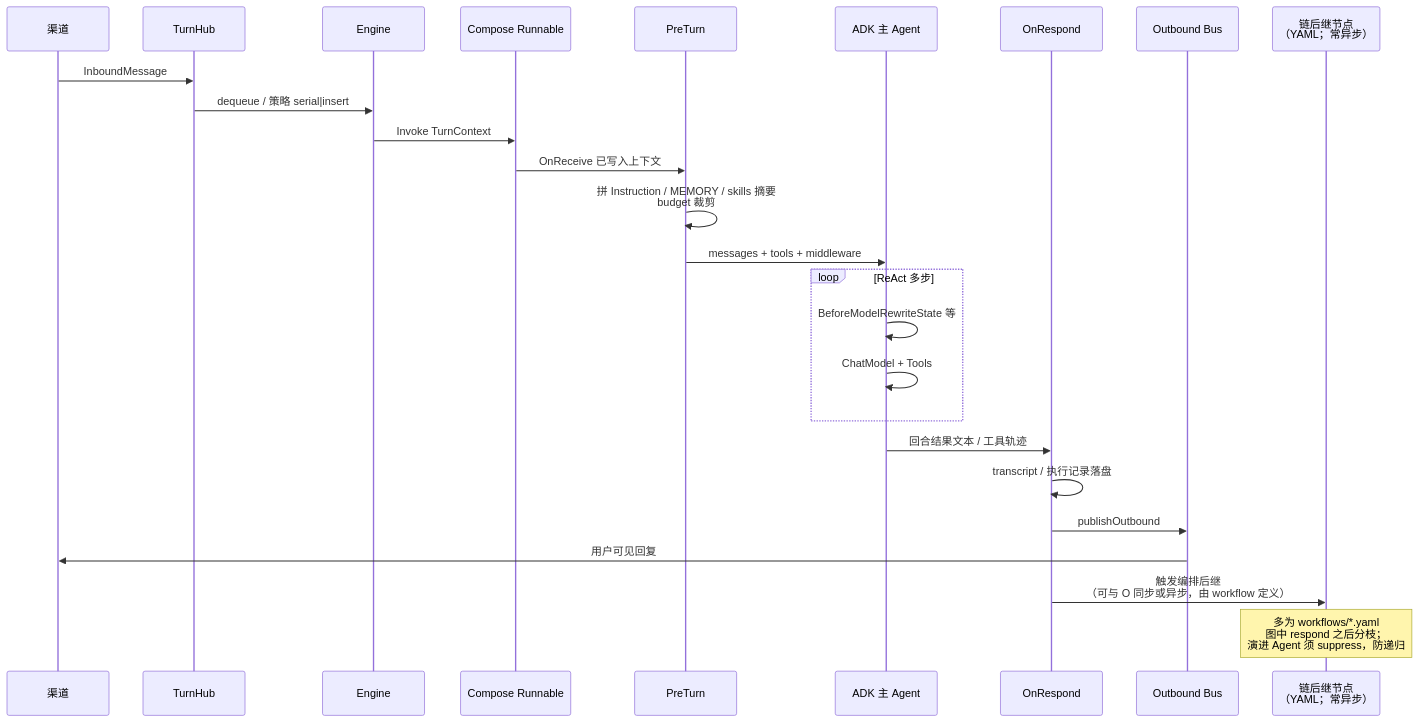
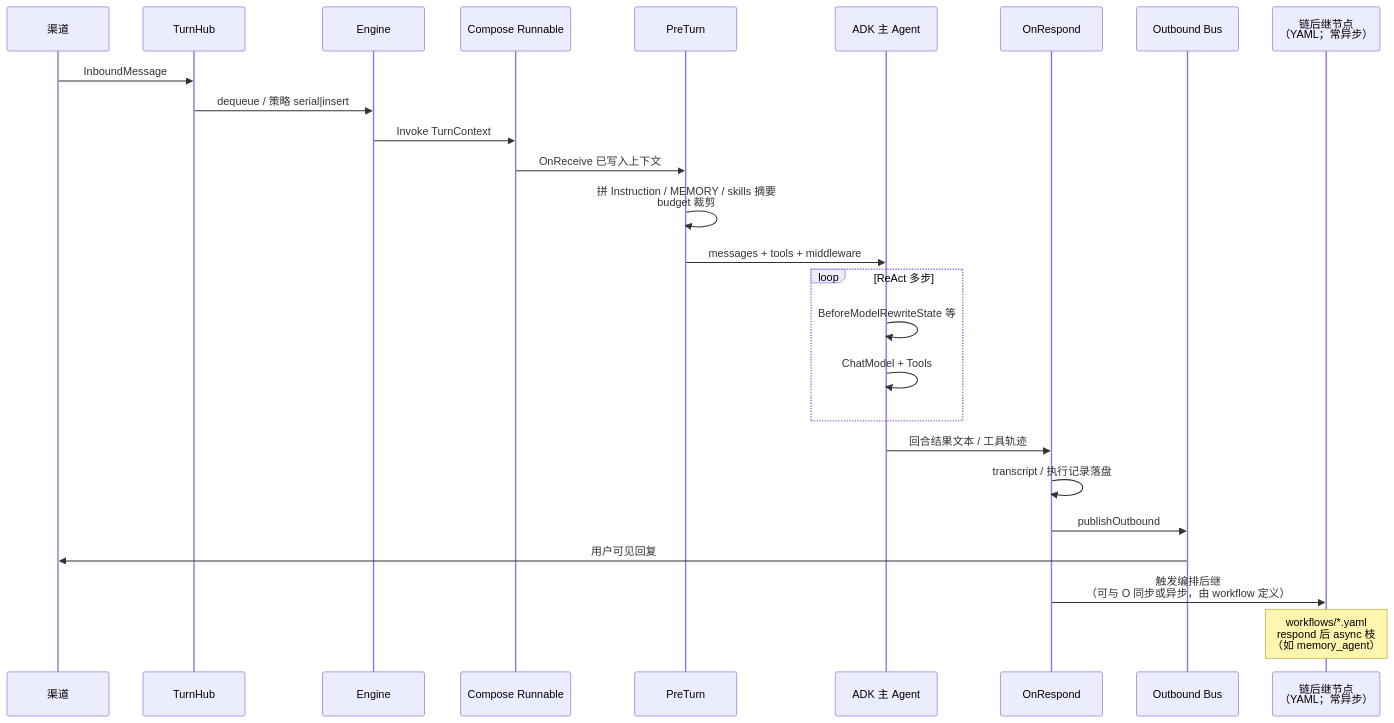
One commit to lengzhao/oneclaw changed the second of 9 diagrams in docs/architecture.md. Above: the diagram before and after it, drawn with Mermaid. The commit also changed other lines of this file and 43 other files, not shown here.

````diff
--- a/docs/architecture.md
+++ b/docs/architecture.md
@@ -76,29 +76,29 @@
 ```mermaid
 sequenceDiagram
   participant Ch as 渠道
   participant TH as TurnHub
   participant E as Engine
   participant R as Compose Runnable
   participant P as PreTurn
   participant A as ADK 主 Agent
   participant O as OnRespond
   participant Bus as Outbound Bus
   participant PT as 链后继节点<br/>（YAML；常异步）
 
   Ch->>TH: InboundMessage
   TH->>E:  dequeue / 策略 serial|insert
   E->>R: Invoke TurnContext
   R->>P: OnReceive 已写入上下文
   P->>P: 拼 Instruction / MEMORY / skills 摘要<br/>budget 裁剪
   P->>A: messages + tools + middleware
   loop ReAct 多步
     A->>A: BeforeModelRewriteState 等
     A->>A: ChatModel + Tools
   end
   A->>O: 回合结果文本 / 工具轨迹
   O->>O: transcript / 执行记录落盘
   O->>Bus: publishOutbound
   Bus->>Ch: 用户可见回复
   O->>PT: 触发编排后继<br/>（可与 O 同步或异步，由 workflow 定义）
-  Note over PT: 多为 workflows/*.yaml<br/>图中 respond 之后分枝；<br/>演进 Agent 须 suppress，防递归
+  Note over PT: workflows/*.yaml<br/>respond 后 async 枝<br/>（如 memory_agent）
 ```
````
